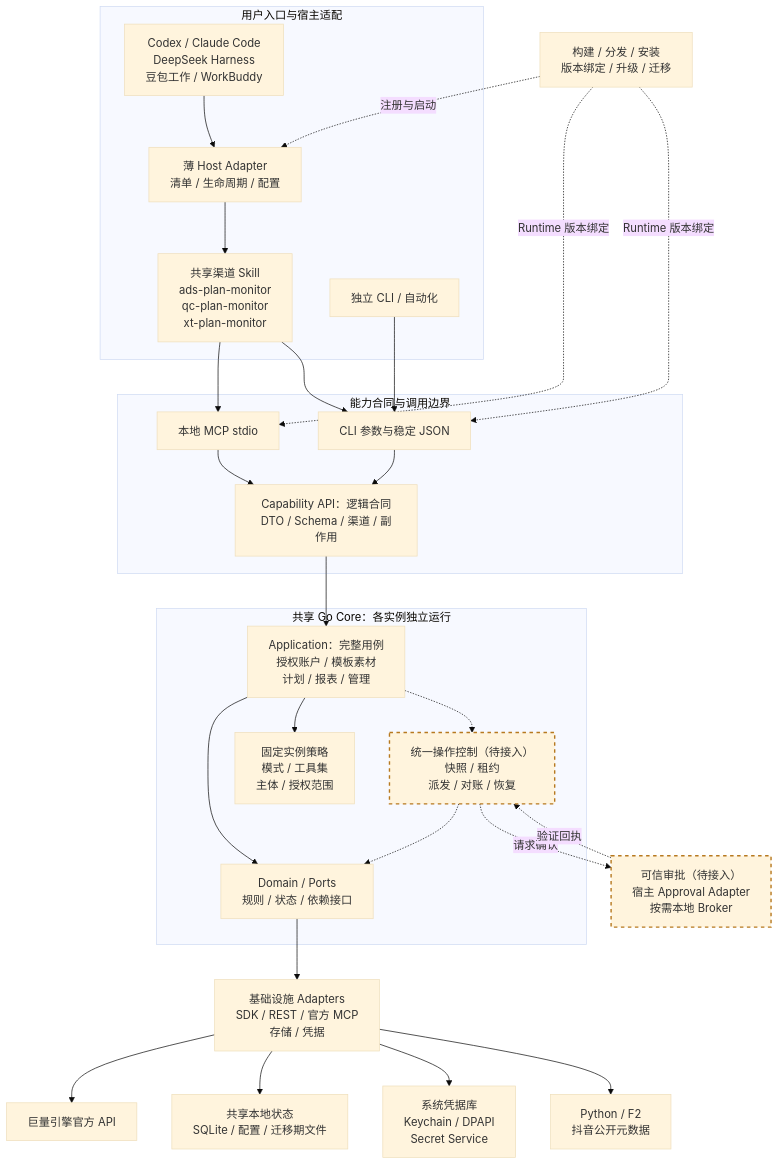
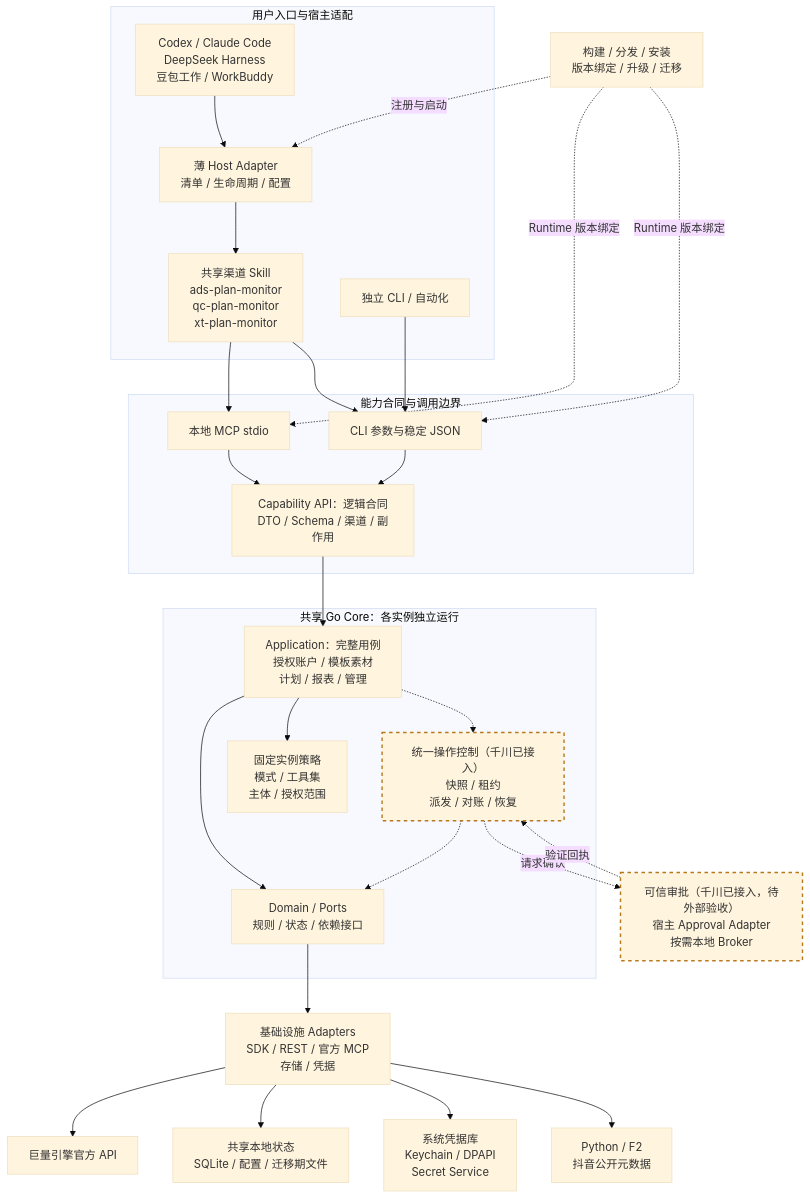
One commit to westng/ocean-watch changed the diagram in docs/architecture/overview.md. Above: the diagram before and after it, drawn with Mermaid (base theme). The commit also changed other lines of this file and 69 other files, not shown here.

````diff
--- a/docs/architecture/overview.md
+++ b/docs/architecture/overview.md
@@ -9,35 +9,35 @@
 ```mermaid
 flowchart TB
     subgraph Access["用户入口与宿主适配"]
         Hosts["Codex / Claude Code<br/>DeepSeek Harness<br/>豆包工作 / WorkBuddy"] --> Adapter["薄 Host Adapter<br/>清单 / 生命周期 / 配置"]
         Adapter --> Skills["共享渠道 Skill<br/>ads-plan-monitor<br/>qc-plan-monitor<br/>xt-plan-monitor"]
         Terminal["独立 CLI / 自动化"]
     end
     subgraph Boundary["能力合同与调用边界"]
         MCP["本地 MCP stdio"] --> Capability["Capability API：逻辑合同<br/>DTO / Schema / 渠道 / 副作用"]
         CLI["CLI 参数与稳定 JSON"] --> Capability
     end
     Skills --> MCP
     Skills --> CLI
     Terminal --> CLI
     subgraph Runtime["共享 Go Core：各实例独立运行"]
         App["Application：完整用例<br/>授权账户 / 模板素材<br/>计划 / 报表 / 管理"] --> Domain["Domain / Ports<br/>规则 / 状态 / 依赖接口"]
         App --> Policy["固定实例策略<br/>模式 / 工具集<br/>主体 / 授权范围"]
-        App -.-> Operations["统一操作控制（待接入）<br/>快照 / 租约<br/>派发 / 对账 / 恢复"]
+        App -.-> Operations["统一操作控制（千川已接入）<br/>快照 / 租约<br/>派发 / 对账 / 恢复"]
         Operations -.-> Domain
     end
     Capability --> App
-    Operations -. 请求确认 .-> Approval["可信审批（待接入）<br/>宿主 Approval Adapter<br/>按需本地 Broker"]
+    Operations -. 请求确认 .-> Approval["可信审批（千川已接入，待外部验收）<br/>宿主 Approval Adapter<br/>按需本地 Broker"]
     Approval -. 验证回执 .-> Operations
     Domain --> Infrastructure["基础设施 Adapters<br/>SDK / REST / 官方 MCP<br/>存储 / 凭据"]
     Infrastructure --> API["巨量引擎官方 API"]
     Infrastructure --> State["共享本地状态<br/>SQLite / 配置 / 迁移期文件"]
     Infrastructure --> Secrets["系统凭据库<br/>Keychain / DPAPI<br/>Secret Service"]
     Infrastructure --> F2["Python / F2<br/>抖音公开元数据"]
     Delivery["构建 / 分发 / 安装<br/>版本绑定 / 升级 / 迁移"]
     Delivery -. 注册与启动 .-> Adapter
     Delivery -. Runtime 版本绑定 .-> MCP
     Delivery -. Runtime 版本绑定 .-> CLI
     classDef pending stroke:#b7791f,stroke-width:2px,stroke-dasharray:5 5
     class Operations,Approval pending
 ```
````
